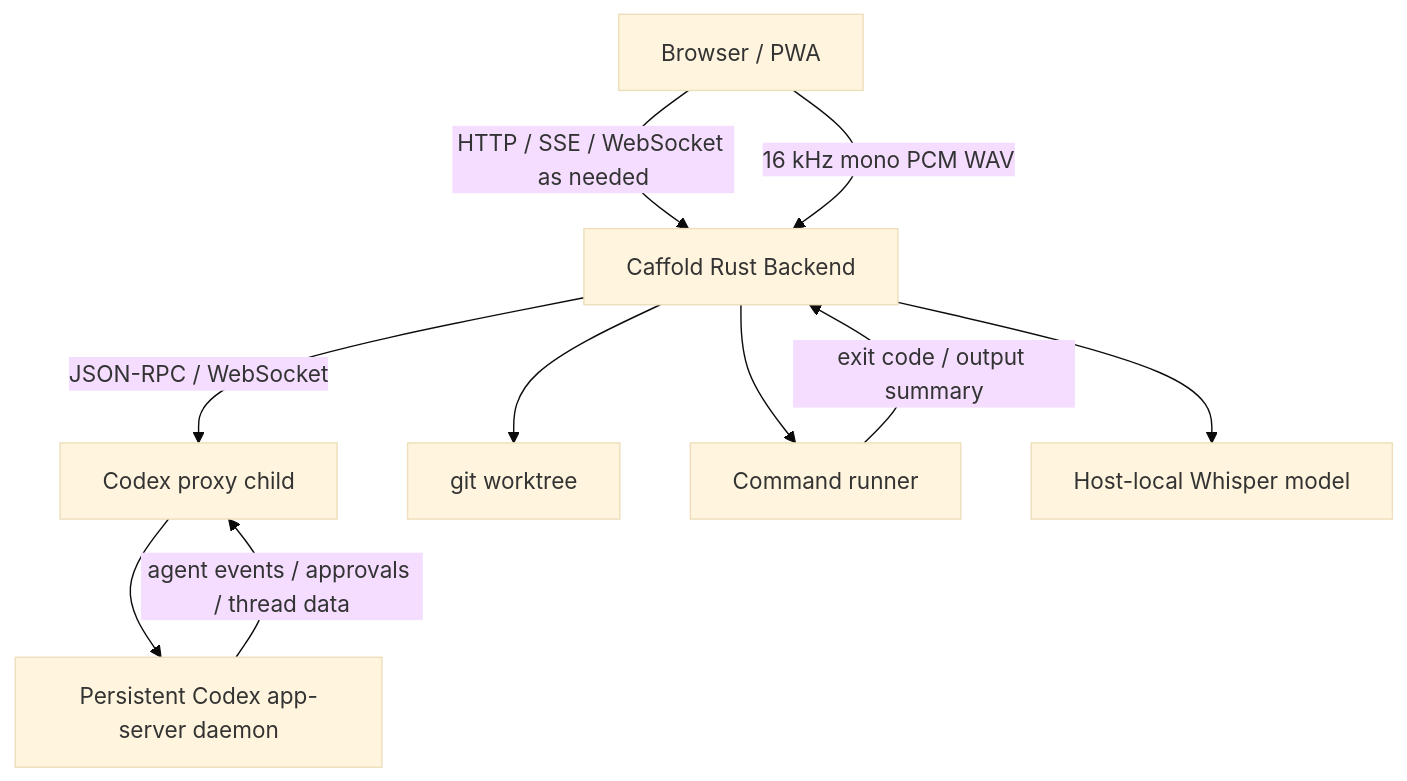
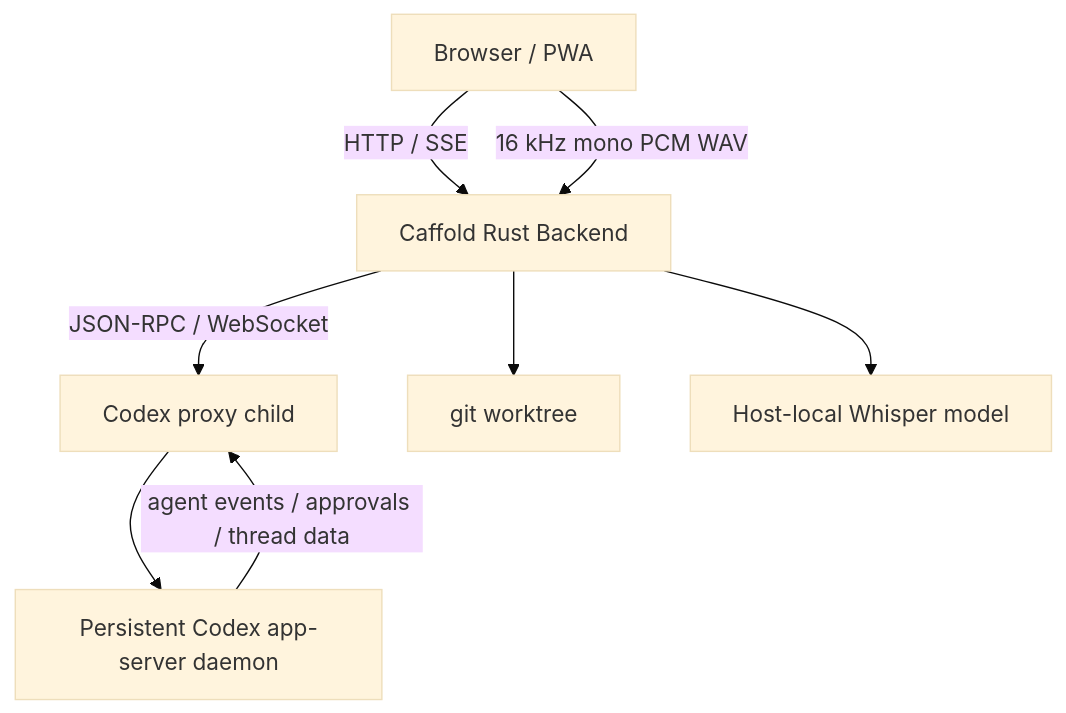
The diagram in docs/public/architecture.md (panarch/caffold), drawn with Mermaid (base theme) before and after one commit. The commit also changed other lines of this file and 32 other files, not shown here.

````diff
--- a/docs/public/architecture.md
+++ b/docs/public/architecture.md
@@ -9,20 +10,17 @@
 ```mermaid
 flowchart TD
     PWA["Browser / PWA"]
     Backend["Caffold Rust Backend"]
     Proxy["Codex proxy child"]
     AppServer["Persistent Codex app-server daemon"]
     Git["git worktree"]
-    Commands["Command runner"]
     Whisper["Host-local Whisper model"]
 
-    PWA -->|"HTTP / SSE / WebSocket as needed"| Backend
+    PWA -->|"HTTP / SSE"| Backend
     PWA -->|"16 kHz mono PCM WAV"| Backend
     Backend -->|"JSON-RPC / WebSocket"| Proxy
     Proxy --> AppServer
     Backend --> Git
-    Backend --> Commands
     Backend --> Whisper
     AppServer -->|"agent events / approvals / thread data"| Proxy
-    Commands -->|"exit code / output summary"| Backend
 ```
````
